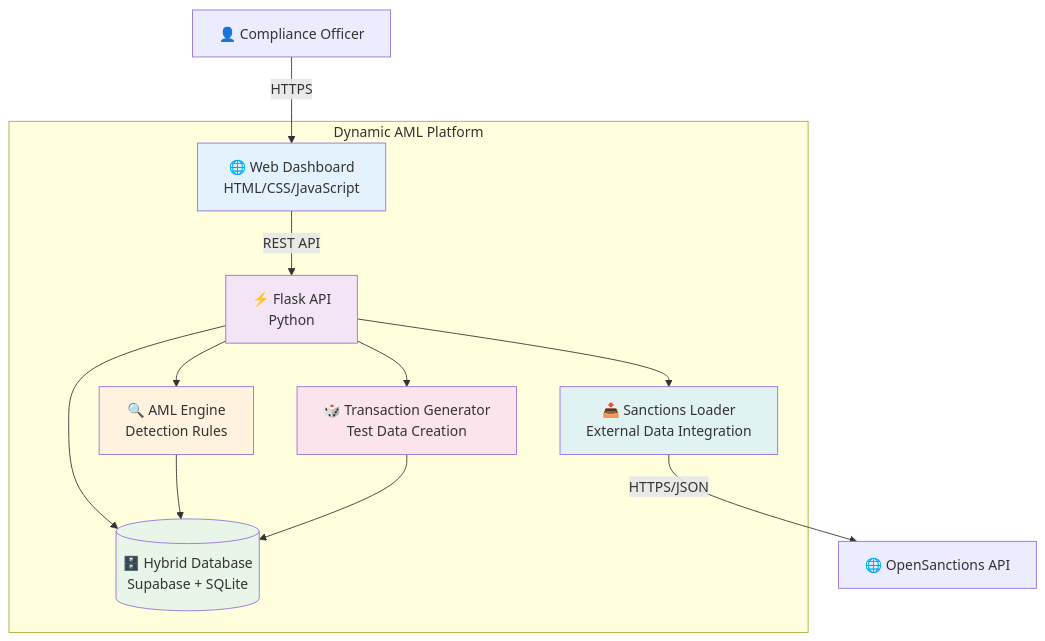
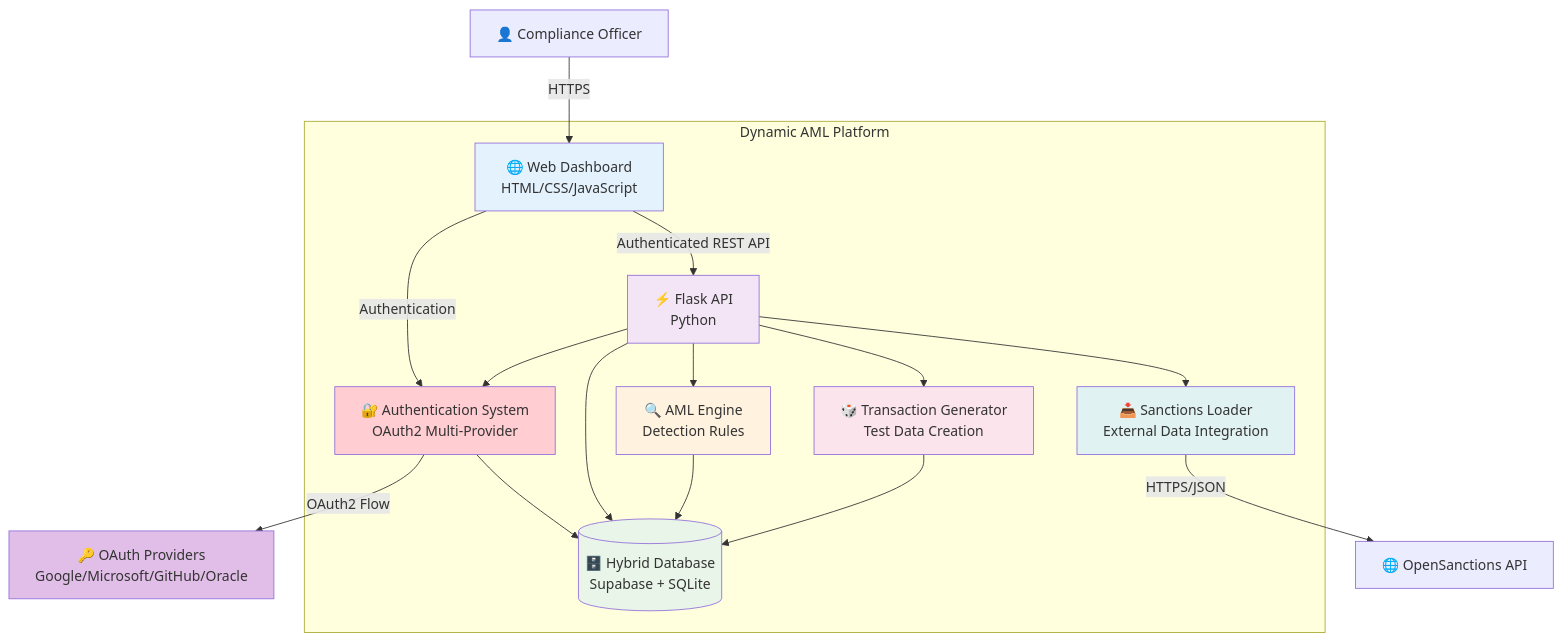
One commit to paihari/aml-controller changed the second of 7 diagrams in README.md. Above: the diagram before and after it, drawn with Mermaid. The commit also changed other lines of this file, not shown here.

First line of the commit message:
docs: Update README with comprehensive authentication system documentation

````diff
--- a/README.md
+++ b/README.md
@@ -60,31 +105,39 @@
 ```mermaid
 graph TB
     subgraph "Dynamic AML Platform"
         WebApp[🌐 Web Dashboard<br/>HTML/CSS/JavaScript]
         API[⚡ Flask API<br/>Python]
+        Auth[🔐 Authentication System<br/>OAuth2 Multi-Provider]
         DB[(🗄️ Hybrid Database<br/>Supabase + SQLite)]
         Engine[🔍 AML Engine<br/>Detection Rules]
         Generator[🎲 Transaction Generator<br/>Test Data Creation]
         Loader[📥 Sanctions Loader<br/>External Data Integration]
     end
     
     User[👤 Compliance Officer]
     ExtAPI[🌐 OpenSanctions API]
+    OAuth[🔑 OAuth Providers<br/>Google/Microsoft/GitHub/Oracle]
     
     User -->|HTTPS| WebApp
-    WebApp -->|REST API| API
+    WebApp -->|Authentication| Auth
+    Auth -->|OAuth2 Flow| OAuth
+    WebApp -->|Authenticated REST API| API
+    API --> Auth
     API --> DB
     API --> Engine
     API --> Generator
     API --> Loader
     Loader -->|HTTPS/JSON| ExtAPI
     Engine --> DB
     Generator --> DB
+    Auth --> DB
     
     style WebApp fill:#e3f2fd
     style API fill:#f3e5f5
+    style Auth fill:#ffcdd2
     style DB fill:#e8f5e8
     style Engine fill:#fff3e0
     style Generator fill:#fce4ec
     style Loader fill:#e0f2f1
+    style OAuth fill:#e1bee7
 ```
````
